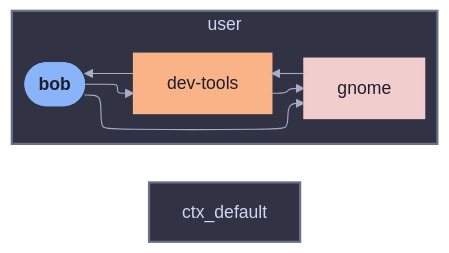
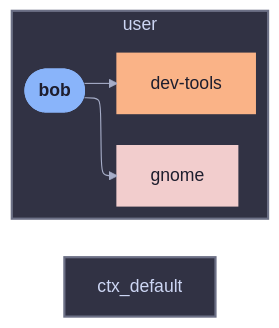
One commit to sini/den changed the diagram in templates/diag-fx-demo/diagrams/multi-desktop-bob-declared.md. Above: the diagram before and after it, drawn with Mermaid. The commit also changed 849 other files, not shown here.

Commit message:
chore: update fx diagrams

````diff
--- a/templates/diag-fx-demo/diagrams/multi-desktop-bob-declared.md
+++ b/templates/diag-fx-demo/diagrams/multi-desktop-bob-declared.md
@@ -5,23 +5,20 @@
 ```mermaid
 %%{init: {"elk":{"mergeEdges":true,"nodePlacementStrategy":"BRANDES_KOEPF"},"layout":"elk","theme":"base","themeVariables":{"activationBkgColor":"#313244","activationBorderColor":"#6c7086","actorBkg":"#313244","actorBorder":"#a6adc8","actorLineColor":"#a6adc8","actorTextColor":"#cdd6f4","background":"#1e1e2e","classText":"#cdd6f4","clusterBkg":"#313244","clusterBorder":"#6c7086","edgeLabelBackground":"#1e1e2e","labelBoxBkgColor":"#313244","labelBoxBorderColor":"#a6adc8","labelTextColor":"#cdd6f4","lineColor":"#a6adc8","loopTextColor":"#cdd6f4","mainBkg":"#313244","nodeBkg":"#313244","nodeBorder":"#a6adc8","nodeTextColor":"#cdd6f4","noteBkgColor":"#313244","noteBorderColor":"#6c7086","noteTextColor":"#cdd6f4","pie1":"#f38ba8","pie2":"#fab387","pie3":"#f9e2af","pie4":"#a6e3a1","pie5":"#94e2d5","pie6":"#89b4fa","pie7":"#cba6f7","pie8":"#f2cdcd","pieLegendTextColor":"#cdd6f4","pieOuterStrokeColor":"#6c7086","pieSectionTextColor":"#cdd6f4","pieStrokeColor":"#6c7086","pieTitleTextColor":"#cdd6f4","primaryBorderColor":"#a6adc8","primaryColor":"#313244","primaryTextColor":"#cdd6f4","secondBkg":"#313244","secondaryBorderColor":"#6c7086","secondaryColor":"#313244","secondaryTextColor":"#cdd6f4","sequenceNumberColor":"#1e1e2e","signalColor":"#a6adc8","signalTextColor":"#cdd6f4","tertiaryBorderColor":"#6c7086","tertiaryColor":"#313244","tertiaryTextColor":"#cdd6f4","textColor":"#cdd6f4","titleColor":"#cdd6f4"}}}%%
 graph LR
   bob([bob]):::root
 
   subgraph ctx_user["user"]
   dev_tools["dev-tools"]:::dev_tools_c
   gnome["gnome"]:::gnome_c
   bob --> dev_tools
   bob --> gnome
-  dev_tools --> bob
-  dev_tools --> gnome
-  gnome --> dev_tools
   end
 
 
   classDef root fill:#89b4fa,stroke:#89b4fa,color:#1e1e2e,font-weight:bold
   classDef bob_c fill:#f38ba8,stroke:#f38ba8,color:#1e1e2e,stroke-width:2px
   classDef dev_tools_c fill:#fab387,stroke:#fab387,color:#1e1e2e,stroke-width:2px
   classDef gnome_c fill:#f2cdcd,stroke:#f2cdcd,color:#1e1e2e,stroke-width:2px
 style ctx_user fill:#313244,stroke:#6c7086,stroke-width:2px
 style ctx_default fill:#313244,stroke:#6c7086,stroke-width:2px
 ```
````
